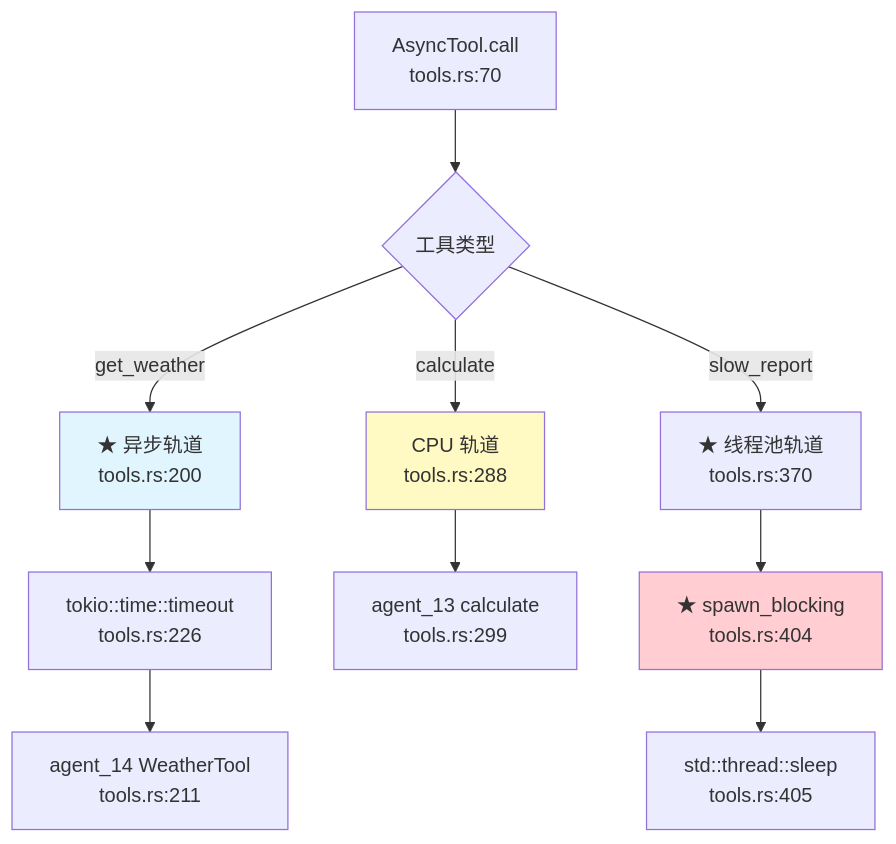
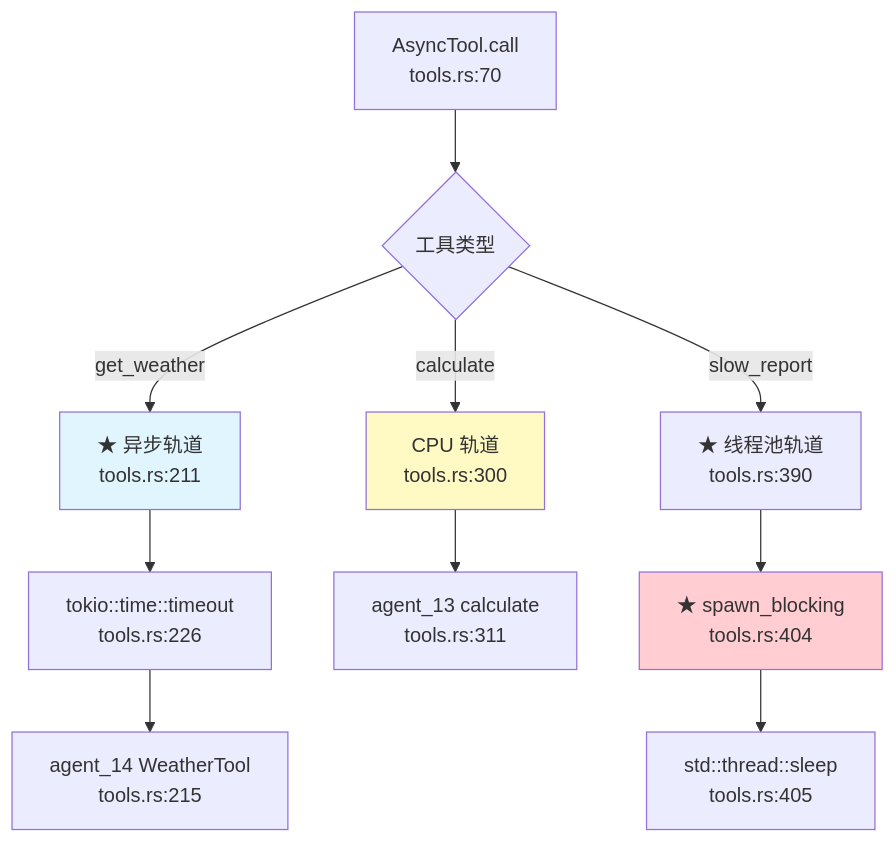
Before and after one commit to heheshang/agent-learn: the seventh of 7 diagrams in 22-agent-async/README.md, drawn with Mermaid. The commit also changed other lines of this file and 41 other files, not shown here.

````diff
--- a/22-agent-async/README.md
+++ b/22-agent-async/README.md
@@ -498,17 +588,17 @@
 ```mermaid
 graph TD
     A["AsyncTool.call<br/>tools.rs:70"] --> B{"工具类型"}
-    B -->|get_weather| C["★ 异步轨道<br/>tools.rs:200"]
-    B -->|calculate| D["CPU 轨道<br/>tools.rs:288"]
-    B -->|slow_report| E["★ 线程池轨道<br/>tools.rs:370"]
+    B -->|get_weather| C["★ 异步轨道<br/>tools.rs:211"]
+    B -->|calculate| D["CPU 轨道<br/>tools.rs:300"]
+    B -->|slow_report| E["★ 线程池轨道<br/>tools.rs:390"]
 
     C --> F["tokio::time::timeout<br/>tools.rs:226"]
-    F --> G["agent_14 WeatherTool<br/>tools.rs:211"]
-    D --> H["agent_13 calculate<br/>tools.rs:299"]
+    F --> G["agent_14 WeatherTool<br/>tools.rs:215"]
+    D --> H["agent_13 calculate<br/>tools.rs:311"]
     E --> I["★ spawn_blocking<br/>tools.rs:404"]
     I --> J["std::thread::sleep<br/>tools.rs:405"]
 
     style I fill:#ffcdd2
     style C fill:#e1f5fe
     style D fill:#fff9c4
 ```
````
